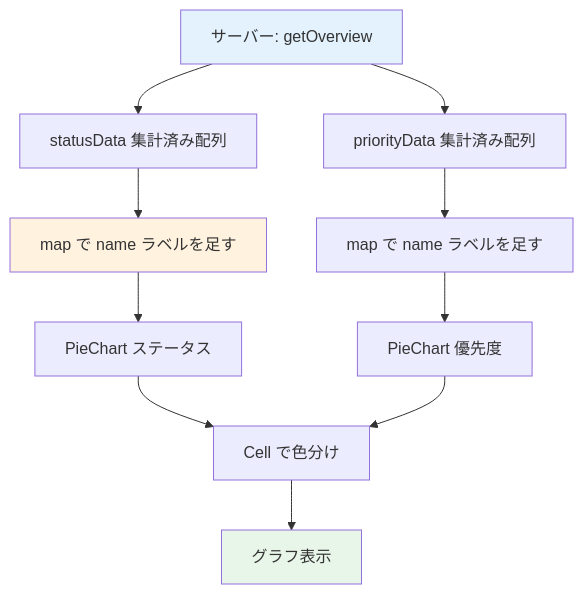
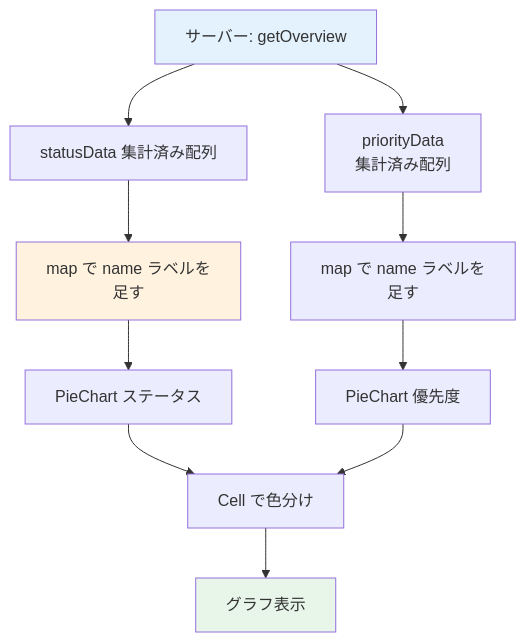
One commit to kouiso/task-app changed the first of 2 diagrams in material/30days-curriculum/day22_グラフを表示.md. Above: the diagram before and after it, drawn with Mermaid. The commit also changed other lines of this file and 24 other files, not shown here.

First line of the commit message:
fix(material): Mermaid 図のファイル名キャプションとノード途中折れを直す (#457) (#718)

````diff
--- a/material/30days-curriculum/day22_グラフを表示.md
+++ b/material/30days-curriculum/day22_グラフを表示.md
@@ -50,16 +50,16 @@
 ```mermaid
 flowchart TD
     A[サーバー: getOverview] --> B[statusData 集計済み配列]
-    A --> C[priorityData 集計済み配列]
-    B --> D[map で name ラベルを足す]
-    C --> E[map で name ラベルを足す]
+    A --> C[priorityData<br/>集計済み配列]
+    B --> D[map で name ラベルを<br/>足す]
+    C --> E[map で name ラベルを<br/>足す]
     D --> F[PieChart ステータス]
     E --> G[PieChart 優先度]
     F --> H[Cell で色分け]
     G --> H
     H --> I[グラフ表示]
 
     style A fill:#e3f2fd
     style D fill:#fff3e0
     style I fill:#e8f5e9
 ```
````
